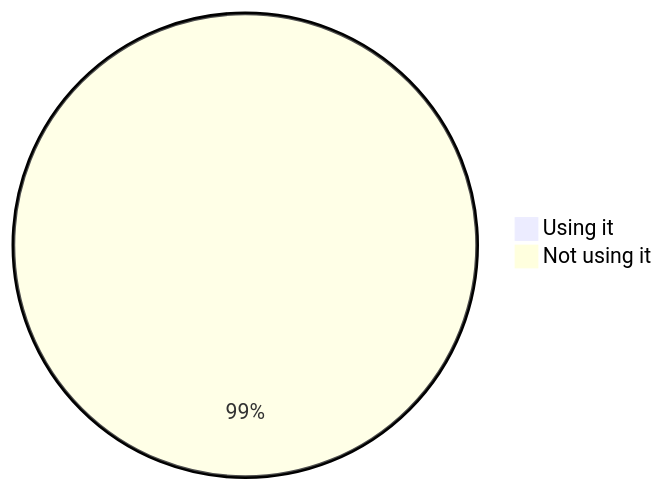
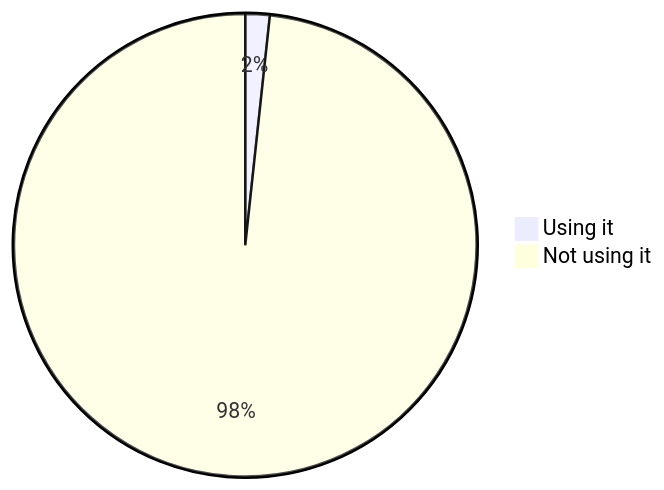
One commit to oshp/oshp-stats changed the seventh of 22 diagrams in stats.md. Above: the diagram before and after it, drawn with Mermaid. The commit also changed other lines of this file, not shown here.

````diff
--- a/stats.md
+++ b/stats.md
@@ -82,6 +82,6 @@
 ```mermaid
 pie
-	"Using it" : 0.92
-	"Not using it" : 99.08
+	"Using it" : 1.7
+	"Not using it" : 98.3
 
 ```
````
